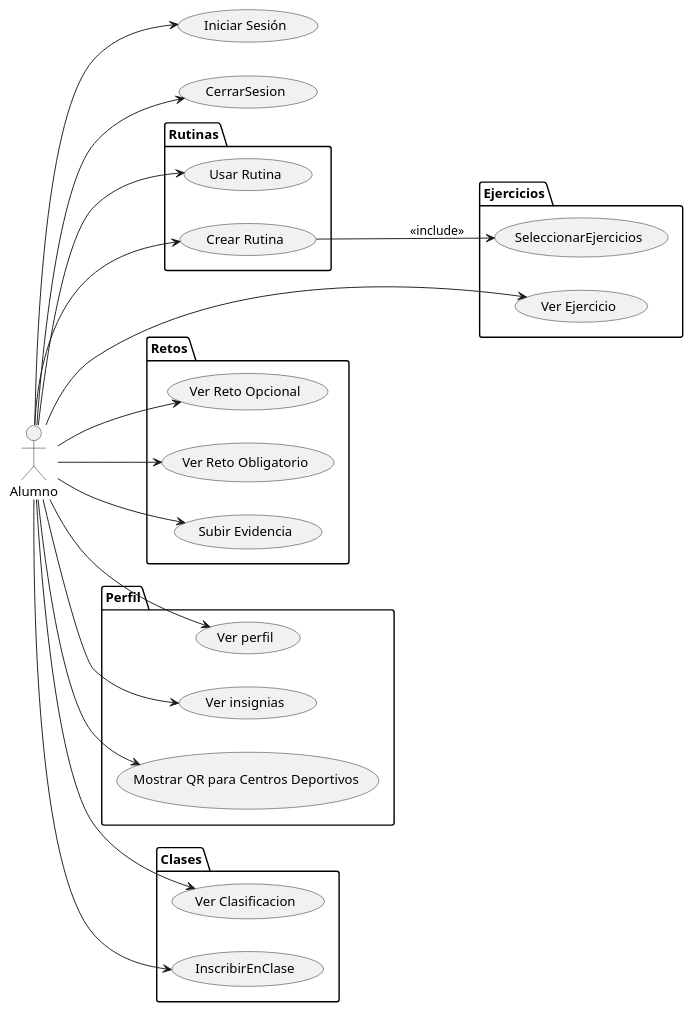
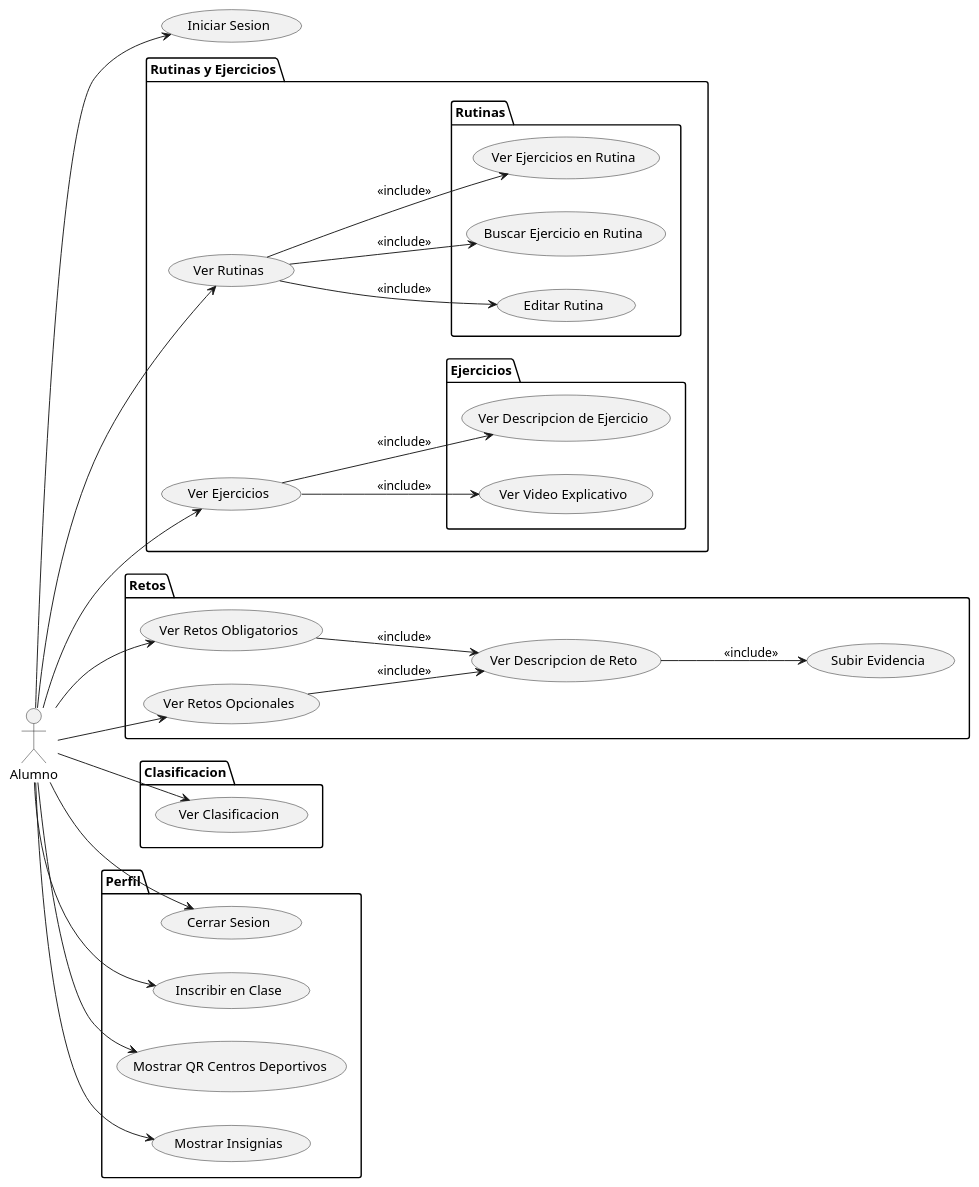
One commit to mmasias/24-25-IdSw1-SDR changed the diagram in Documentos/CasosUso/CdU_Alumno.puml. Above: the diagram before and after it, drawn with PlantUML.

```diff
--- a/Documentos/CasosUso/CdU_Alumno.puml
+++ b/Documentos/CasosUso/CdU_Alumno.puml
@@ -1,51 +1,62 @@
+@startuml
 left to right direction
 actor Alumno
 
-package Rutinas{
-  usecase "Usar Rutina" as UsarRutinas
-  usecase "Crear Rutina" as CrearRutinaPersonalizada
+package "Rutinas y Ejercicios" {
+    usecase "Ver Rutinas" as VerRutinas
+    usecase "Ver Ejercicios" as VerEjercicios
+
+    package "Rutinas" {
+        usecase "Editar Rutina" as EditarRutina
+        usecase "Buscar Ejercicio en Rutina" as BuscarEjercicioEnRutina
+        usecase "Ver Ejercicios en Rutina" as VerEjerciciosEnRutina
+    }
+
+    package "Ejercicios" {
+        usecase "Ver Video Explicativo" as VerVideoExplicativo
+        usecase "Ver Descripcion de Ejercicio" as VerDescripcionEjercicio
+    }
 }
 
-package Ejercicios{
-  usecase "SeleccionarEjercicios" as SeleccionarEjercicios
-  usecase "Ver Ejercicio" as VerEjercicio
+package Retos {
+    usecase "Ver Retos Obligatorios" as VerRetosObligatorios
+    usecase "Ver Retos Opcionales" as VerRetosOpcionales
+    usecase "Subir Evidencia" as SubirEvidencia
+    usecase "Ver Descripcion de Reto" as VerDescripcionReto
 }
 
-package Retos{
-  usecase "Ver Reto Opcional" as RetoOpcional
-  usecase "Ver Reto Obligatorio" as RetoObligatorio
-  usecase "Subir Evidencia" as SubirEvidencia
+package Clasificacion {
+    usecase "Ver Clasificacion" as VerClasificacion
 }
 
-package Perfil{
-  usecase "Ver perfil" as VerPerfil
-  usecase "Ver insignias" as VerInsignias
-  usecase "Mostrar QR para Centros Deportivos " as MostrarQR
+package Perfil {
+    usecase "Cerrar Sesion" as CerrarSesion
+    usecase "Inscribir en Clase" as InscribirEnClase
+    usecase "Mostrar QR Centros Deportivos" as MostrarQRCentros
+    usecase "Mostrar Insignias" as MostrarInsignias
 }
 
-package Clases{
-  usecase "Ver Clasificacion" as VerClasificaciones
-  usecase "InscribirEnClase" as InscribirClase
-}
-
-usecase "Iniciar Sesión" as IniciarSesion
-usecase "CerrarSesion" as CerrarSesion
-
+usecase "Iniciar Sesion" as IniciarSesion
 
 Alumno --> IniciarSesion
-Alumno --> UsarRutinas
-Alumno --> CrearRutinaPersonalizada
-Alumno --> VerEjercicio
-Alumno --> RetoOpcional
-Alumno --> RetoObligatorio
-Alumno --> SubirEvidencia
-Alumno --> VerClasificaciones
-Alumno --> VerPerfil
-Alumno --> VerInsignias
-Alumno --> MostrarQR
-Alumno --> InscribirClase
-Alumno --> CerrarSesion 
+Alumno --> VerRutinas
+Alumno --> VerEjercicios
+Alumno --> VerRetosObligatorios
+Alumno --> VerRetosOpcionales
+Alumno --> VerClasificacion
+Alumno --> CerrarSesion
+Alumno --> InscribirEnClase
+Alumno --> MostrarQRCentros
+Alumno --> MostrarInsignias
 
-CrearRutinaPersonalizada --> SeleccionarEjercicios : <<include>>
+VerRutinas --> EditarRutina : <<include>>
+VerRutinas --> BuscarEjercicioEnRutina : <<include>>
+VerRutinas --> VerEjerciciosEnRutina : <<include>>
 
+VerEjercicios --> VerVideoExplicativo : <<include>>
+VerEjercicios --> VerDescripcionEjercicio : <<include>>
+
+VerRetosObligatorios --> VerDescripcionReto : <<include>>
+VerRetosOpcionales --> VerDescripcionReto : <<include>>
+VerDescripcionReto --> SubirEvidencia : <<include>>
 @enduml
```
